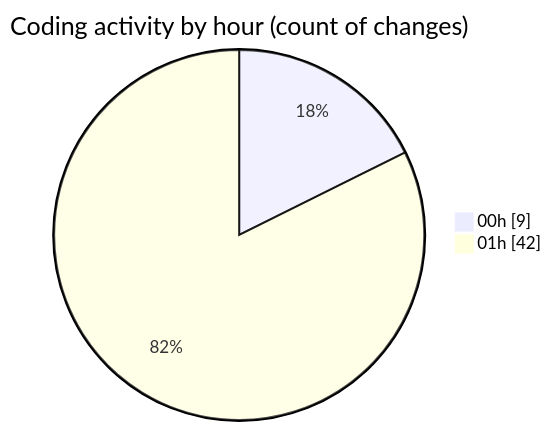
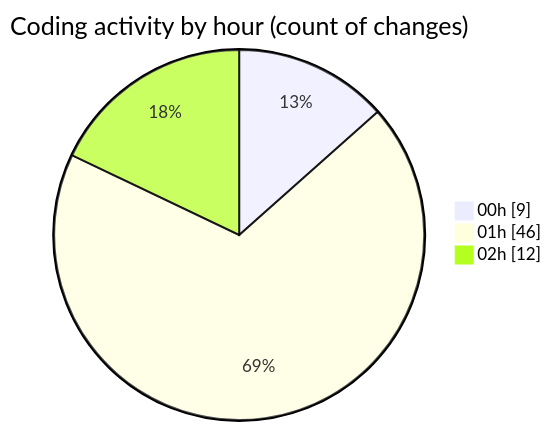
Before and after one commit to julien-gomy/code-tracking: the second of 2 diagrams in 2025-11-18/eventscop-frontend-guide__workspace_/README.md, drawn with Mermaid. The commit also changed other lines of this file and 1 other file, not shown here.

````diff
--- a/2025-11-18/eventscop-frontend-guide__workspace_/README.md
+++ b/2025-11-18/eventscop-frontend-guide__workspace_/README.md
@@ -36,6 +38,7 @@
 ```mermaid
 pie showData
 title Coding activity by hour (count of changes)
 "00h" : 9
-"01h" : 42
+"01h" : 46
+"02h" : 12
 ```
````
